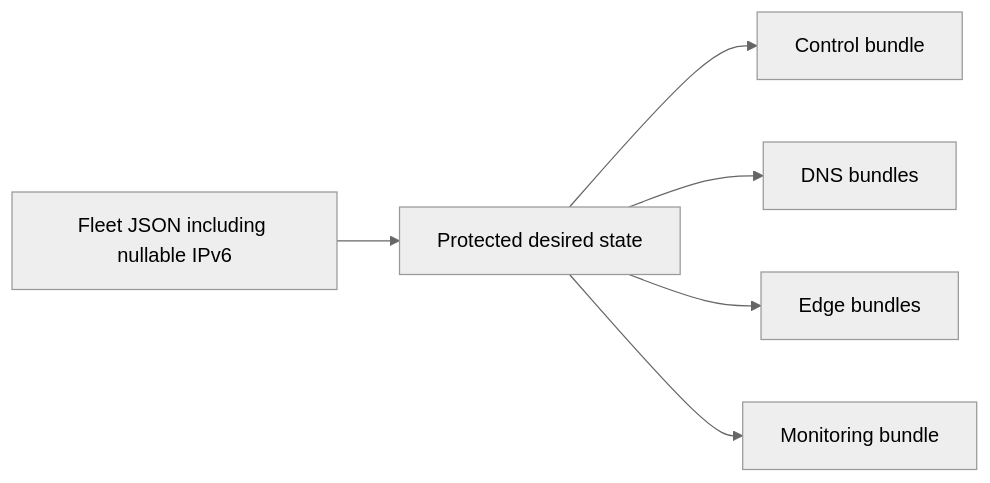
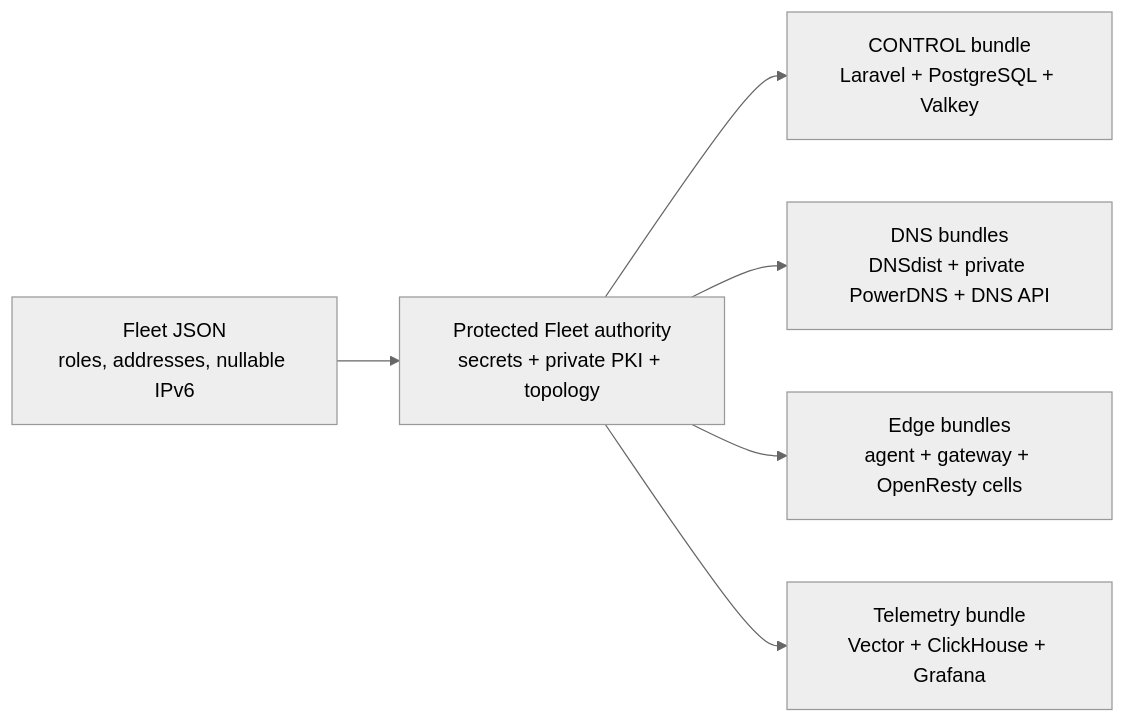
The diagram in docs/deployment/production-fleet-config-reference.md (vaheed/CDNFoundry), drawn with Mermaid (neutral theme) before and after one commit. The commit also changed other lines of this file and 23 other files, not shown here.

````diff
--- a/docs/deployment/production-fleet-config-reference.md
+++ b/docs/deployment/production-fleet-config-reference.md
@@ -8,8 +8,8 @@
 ```mermaid
 flowchart LR
-  JSON[Fleet JSON including nullable IPv6] --> STATE[Protected desired state]
-  STATE --> C[Control bundle]
-  STATE --> D[DNS bundles]
-  STATE --> E[Edge bundles]
-  STATE --> M[Monitoring bundle]
+  JSON["Fleet JSON<br/>roles, addresses, nullable IPv6"] --> STATE["Protected Fleet authority<br/>secrets + private PKI + topology"]
+  STATE --> C["CONTROL bundle<br/>Laravel + PostgreSQL + Valkey"]
+  STATE --> D["DNS bundles<br/>DNSdist + private PowerDNS + DNS API"]
+  STATE --> E["Edge bundles<br/>agent + gateway + OpenResty cells"]
+  STATE --> M["Telemetry bundle<br/>Vector + ClickHouse + Grafana"]
 ```
````
